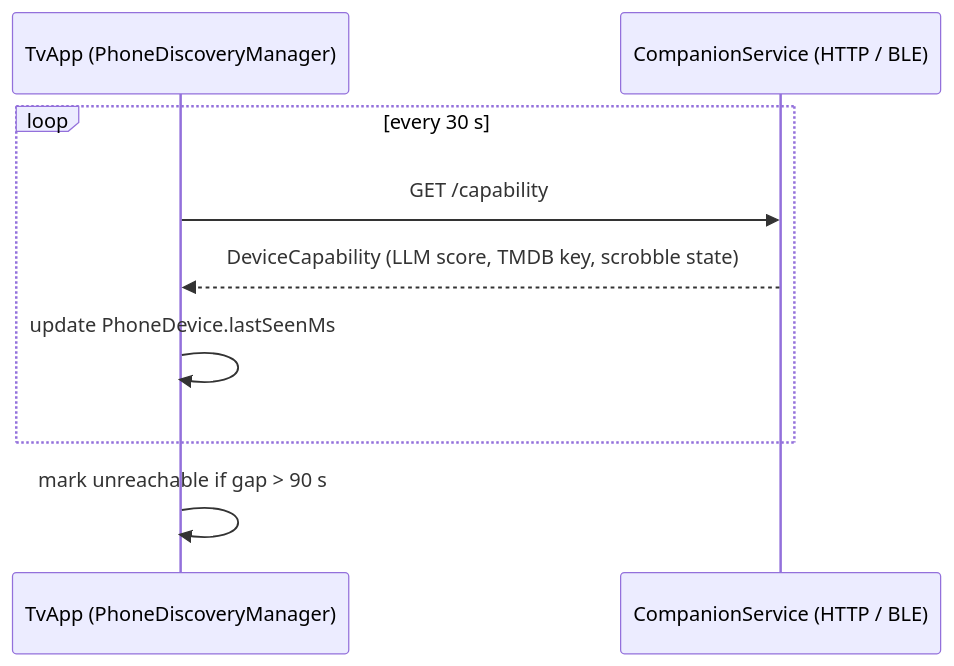
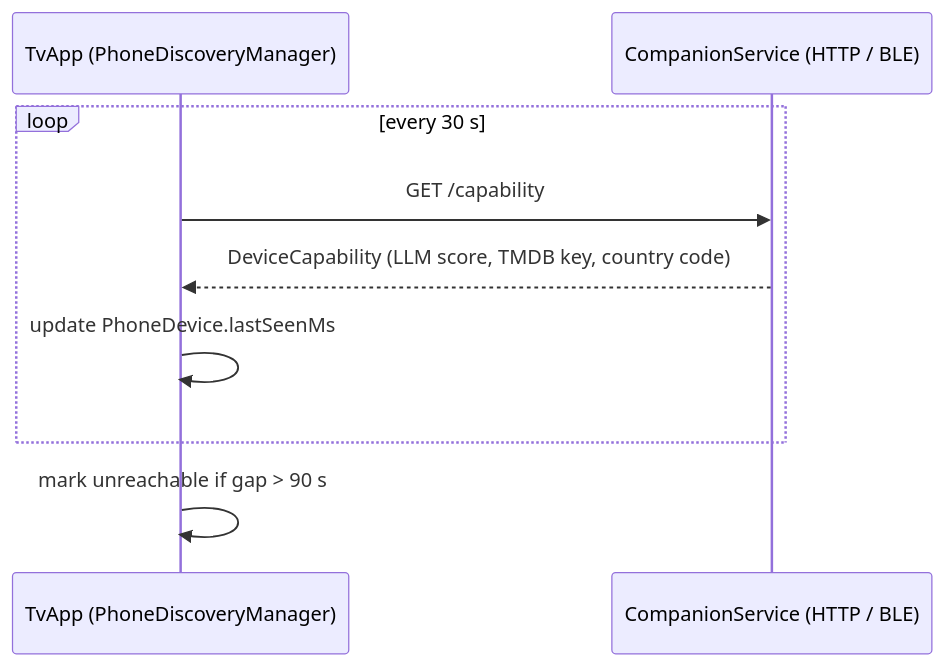
Before and after one commit to justb81/watchbuddy: the third of 3 diagrams in docs/architecture.md, drawn with Mermaid. The commit also changed other lines of this file and 74 other files, not shown here.

````diff
--- a/docs/architecture.md
+++ b/docs/architecture.md
@@ -198,11 +166,11 @@
 ```mermaid
 sequenceDiagram
     participant TV as TvApp (PhoneDiscoveryManager)
     participant Phone as CompanionService (HTTP / BLE)
     loop every 30 s
         TV->>Phone: GET /capability
-        Phone-->>TV: DeviceCapability (LLM score, TMDB key, scrobble state)
+        Phone-->>TV: DeviceCapability (LLM score, TMDB key, country code)
         TV->>TV: update PhoneDevice.lastSeenMs
     end
     TV->>TV: mark unreachable if gap > 90 s
 ```
````
